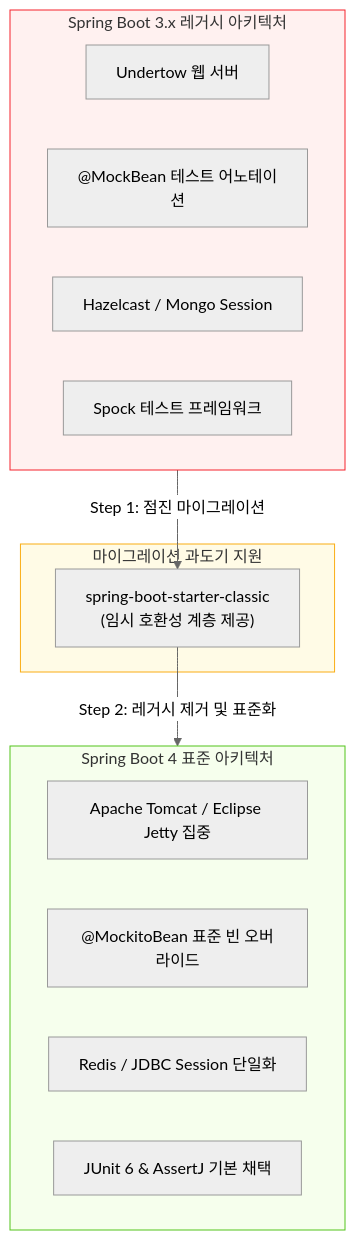
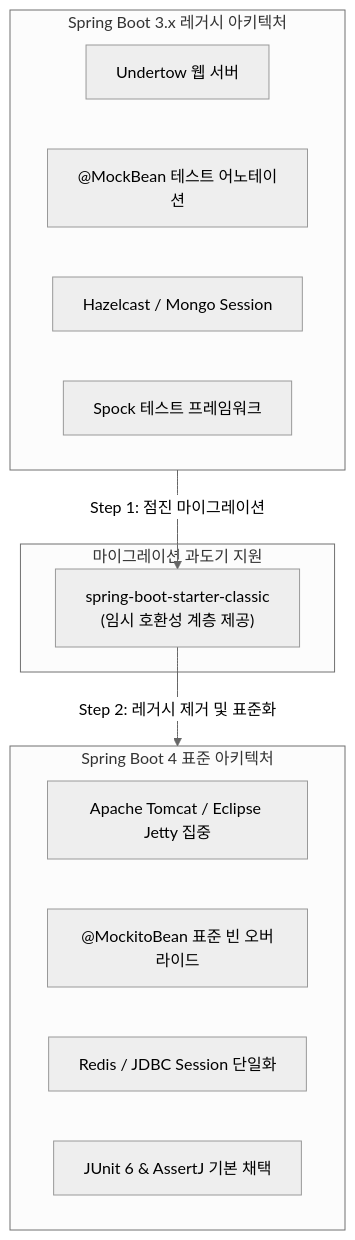
One commit to sing-u8/Learning_Spring_Boot_4 changed the diagram in spring-boot-notes/01-core/06-spring-boot-4-migration-and-breaking-changes.md. Above: the diagram before and after it, drawn with Mermaid (neutral theme). The commit also changed 5 other files, not shown here.

Commit message:
fix(diagrams): remove hardcoded bright pastel styles for optimal dark mode readability

````diff
--- a/spring-boot-notes/01-core/06-spring-boot-4-migration-and-breaking-changes.md
+++ b/spring-boot-notes/01-core/06-spring-boot-4-migration-and-breaking-changes.md
@@ -40,27 +40,23 @@
 ```mermaid
 flowchart TD
     subgraph Legacy ["Spring Boot 3.x 레거시 아키텍처"]
         L1["Undertow 웹 서버"]
         L2["@MockBean 테스트 어노테이션"]
         L3["Hazelcast / Mongo Session"]
         L4["Spock 테스트 프레임워크"]
     end
 
     subgraph Bridge ["마이그레이션 과도기 지원"]
         Classic["spring-boot-starter-classic<br/>(임시 호환성 계층 제공)"]
     end
 
     subgraph Native4 ["Spring Boot 4 표준 아키텍처"]
         N1["Apache Tomcat / Eclipse Jetty 집중"]
         N2["@MockitoBean 표준 빈 오버라이드"]
         N3["Redis / JDBC Session 단일화"]
         N4["JUnit 6 & AssertJ 기본 채택"]
     end
 
     Legacy -->|Step 1: 점진 마이그레이션| Classic
     Classic -->|Step 2: 레거시 제거 및 표준화| Native4
-
-    style Legacy fill:#fff1f0,stroke:#f5222d
-    style Bridge fill:#fffbe6,stroke:#faad14
-    style Native4 fill:#f6ffed,stroke:#52c41a
 ```
````
